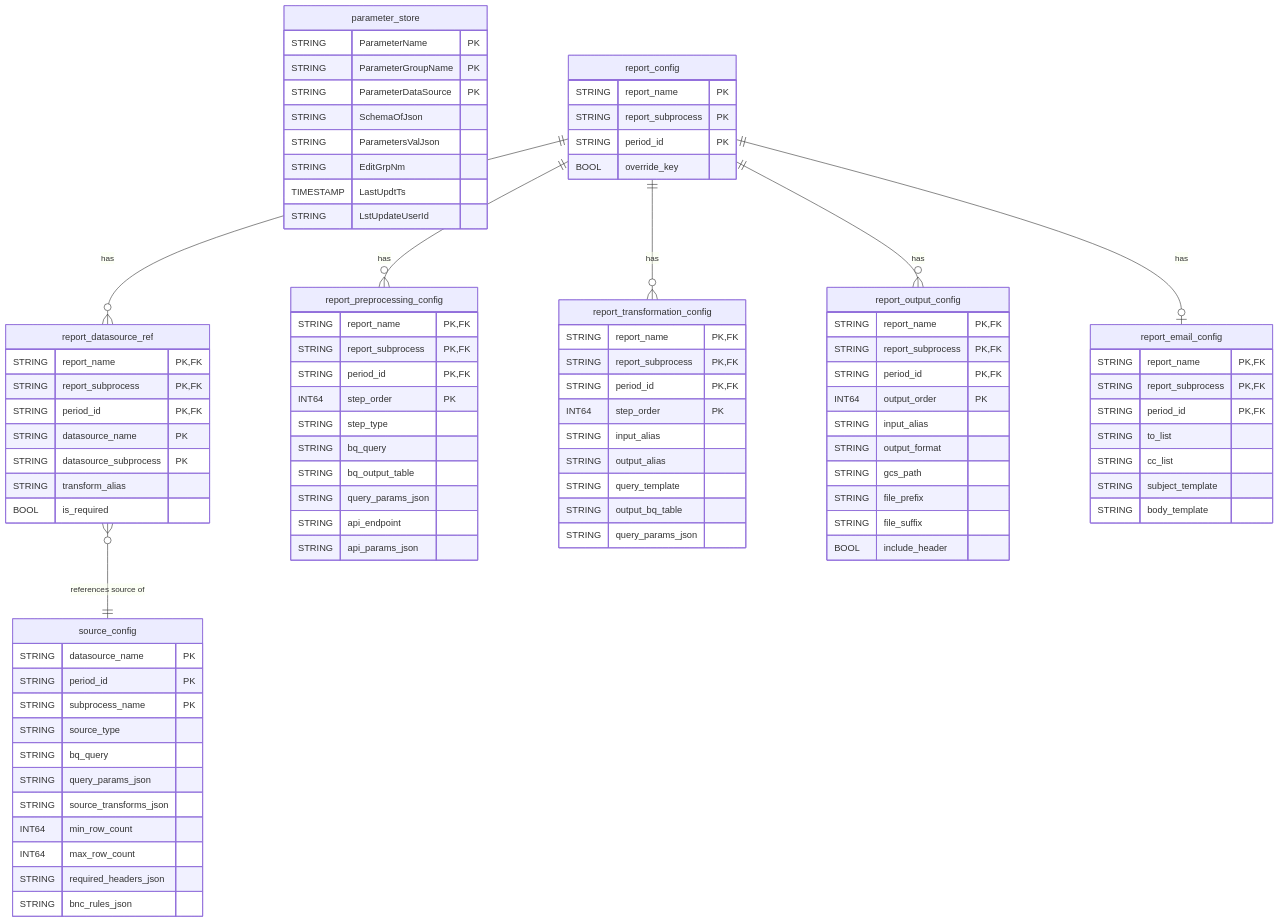
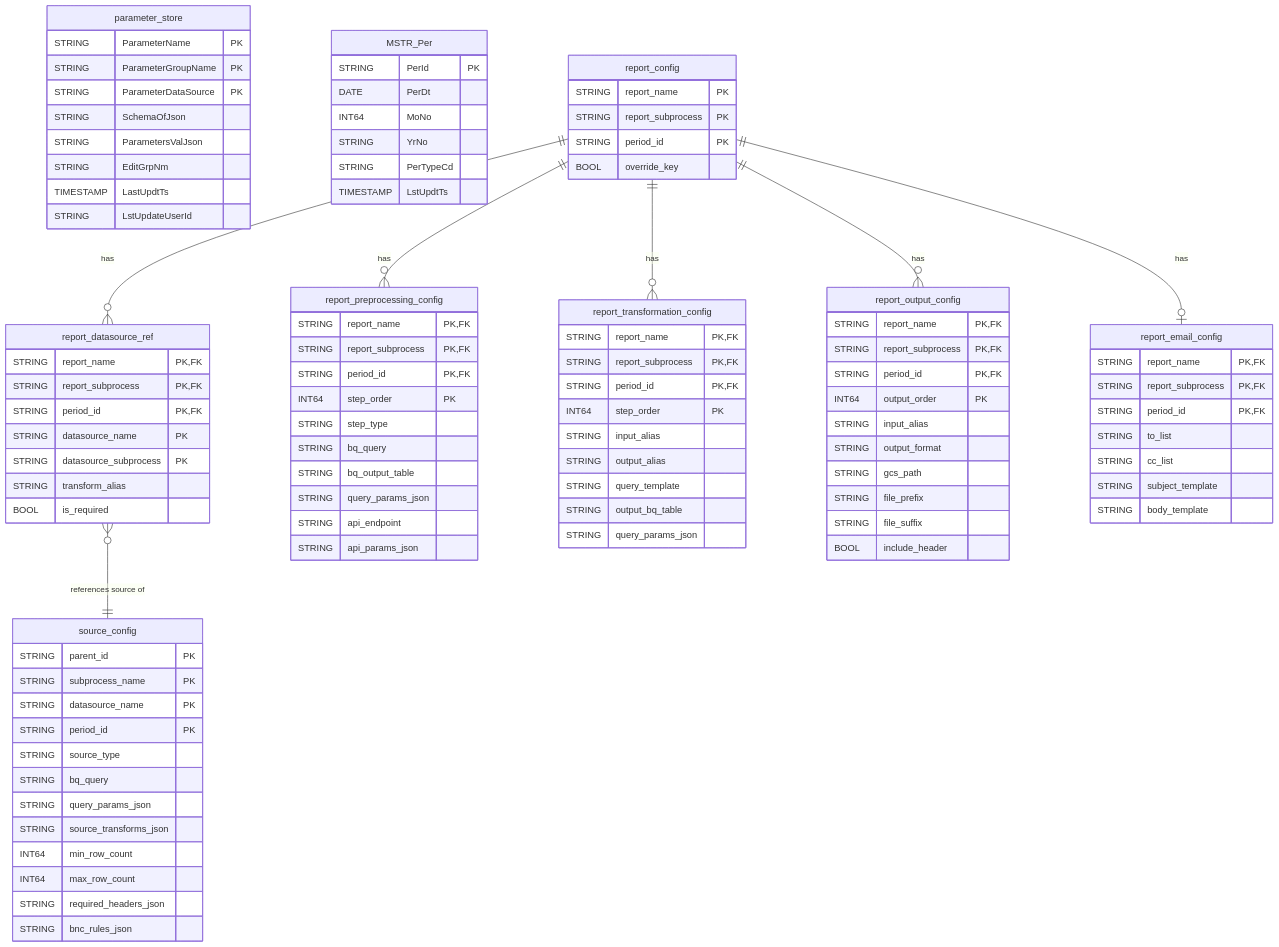
Before and after one commit to tushark-16bit/beam_framework: diagram 11 of 13 in WALKTHROUGH.md, drawn with Mermaid. The commit also changed other lines of this file and 11 other files, not shown here.

```diff
--- a/WALKTHROUGH.md
+++ b/WALKTHROUGH.md
@@ -545,10 +548,20 @@
         STRING LstUpdateUserId
     }
 
+    MSTR_Per {
+        STRING PerId PK
+        DATE PerDt
+        INT64 MoNo
+        STRING YrNo
+        STRING PerTypeCd
+        TIMESTAMP LstUpdtTs
+    }
+
     source_config {
+        STRING parent_id PK
+        STRING subprocess_name PK
         STRING datasource_name PK
         STRING period_id PK
-        STRING subprocess_name PK
         STRING source_type
         STRING bq_query
         STRING query_params_json
```
